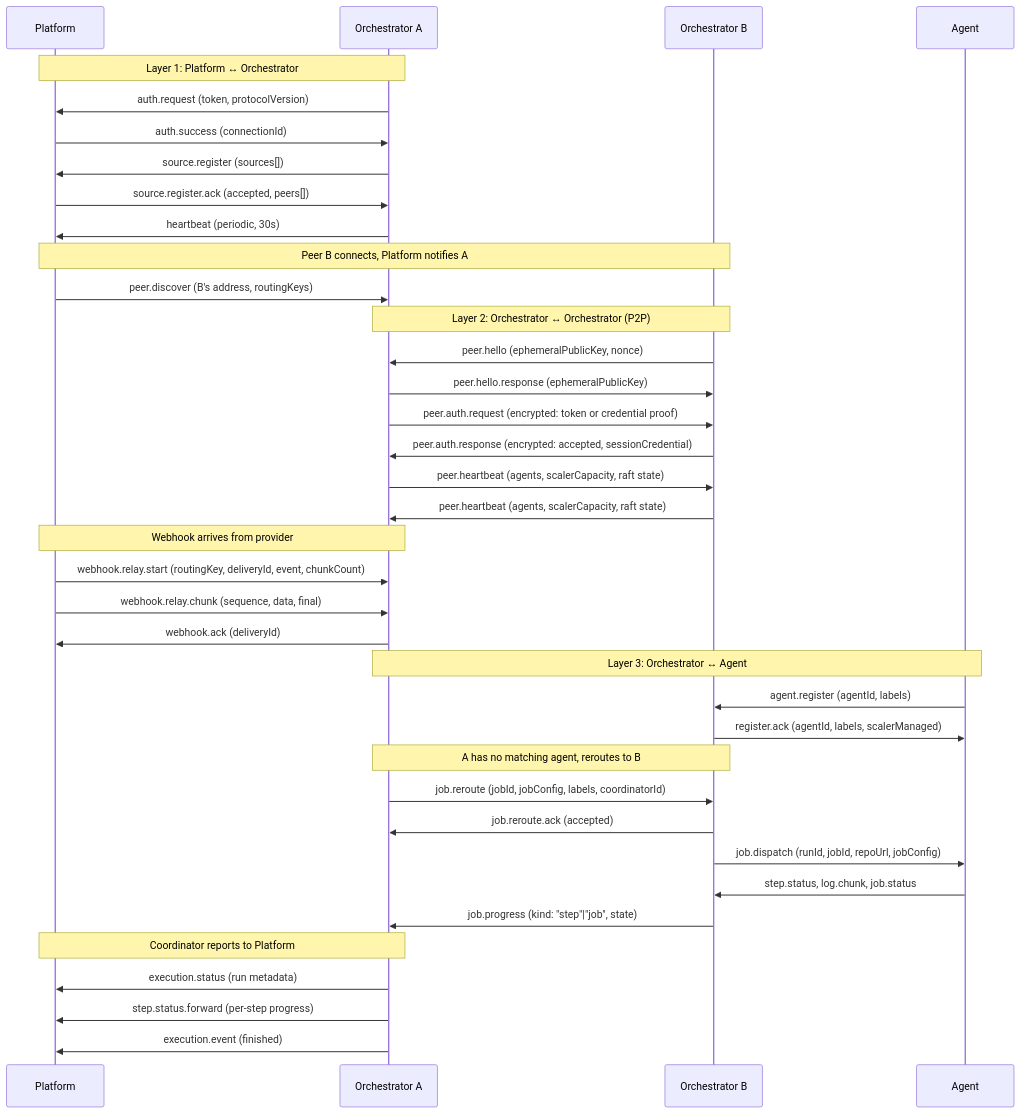
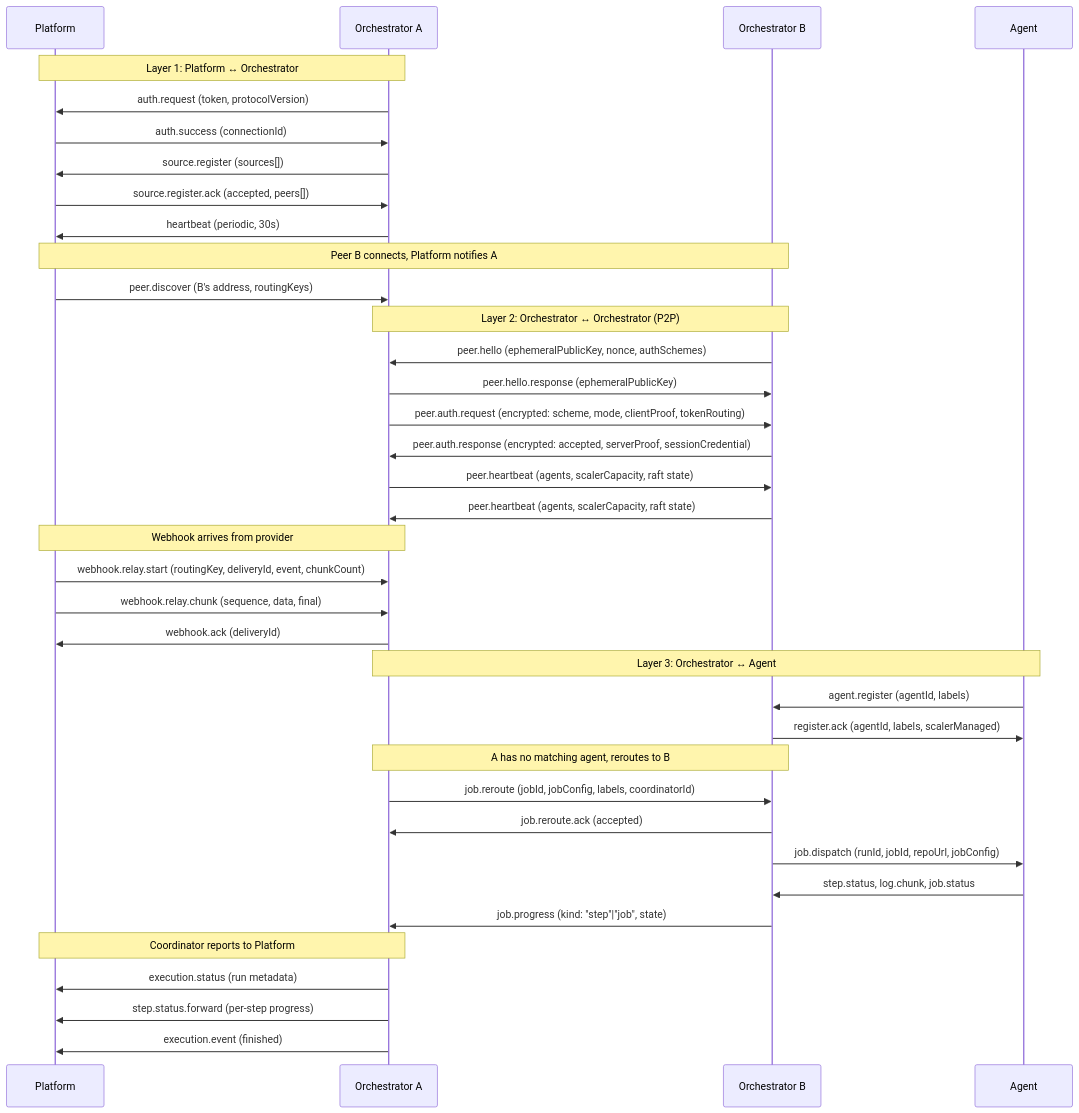
Before and after one commit to kici-dev/kici-public: the diagram in docs/architecture/protocol/overview.md, drawn with Mermaid. The commit also changed other lines of this file and 236 other files, not shown here.

````diff
--- a/docs/architecture/protocol/overview.md
+++ b/docs/architecture/protocol/overview.md
@@ -10,53 +10,53 @@
 ```mermaid
 sequenceDiagram
     participant S as Platform
     participant O1 as Orchestrator A
     participant O2 as Orchestrator B
     participant A as Agent
 
     Note over S,O1: Layer 1: Platform ↔ Orchestrator
 
     O1->>S: auth.request (token, protocolVersion)
     S->>O1: auth.success (connectionId)
     O1->>S: source.register (sources[])
     S->>O1: source.register.ack (accepted, peers[])
     O1->>S: heartbeat (periodic, 30s)
 
     Note over S,O2: Peer B connects, Platform notifies A
 
     S->>O1: peer.discover (B's address, routingKeys)
 
     Note over O1,O2: Layer 2: Orchestrator ↔ Orchestrator (P2P)
 
-    O2->>O1: peer.hello (ephemeralPublicKey, nonce)
+    O2->>O1: peer.hello (ephemeralPublicKey, nonce, authSchemes)
     O1->>O2: peer.hello.response (ephemeralPublicKey)
-    O1->>O2: peer.auth.request (encrypted: token or credential proof)
-    O2->>O1: peer.auth.response (encrypted: accepted, sessionCredential)
+    O1->>O2: peer.auth.request (encrypted: scheme, mode, clientProof, tokenRouting)
+    O2->>O1: peer.auth.response (encrypted: accepted, serverProof, sessionCredential)
     O1->>O2: peer.heartbeat (agents, scalerCapacity, raft state)
     O2->>O1: peer.heartbeat (agents, scalerCapacity, raft state)
 
     Note over S,O1: Webhook arrives from provider
 
     S->>O1: webhook.relay.start (routingKey, deliveryId, event, chunkCount)
     S->>O1: webhook.relay.chunk (sequence, data, final)
     O1->>S: webhook.ack (deliveryId)
 
     Note over O1,A: Layer 3: Orchestrator ↔ Agent
 
     A->>O2: agent.register (agentId, labels)
     O2->>A: register.ack (agentId, labels, scalerManaged)
 
     Note over O1,O2: A has no matching agent, reroutes to B
 
     O1->>O2: job.reroute (jobId, jobConfig, labels, coordinatorId)
     O2->>O1: job.reroute.ack (accepted)
     O2->>A: job.dispatch (runId, jobId, repoUrl, jobConfig)
     A->>O2: step.status, log.chunk, job.status
     O2->>O1: job.progress (kind: "step"|"job", state)
 
     Note over S,O1: Coordinator reports to Platform
 
     O1->>S: execution.status (run metadata)
     O1->>S: step.status.forward (per-step progress)
     O1->>S: execution.event (finished)
 ```
````
